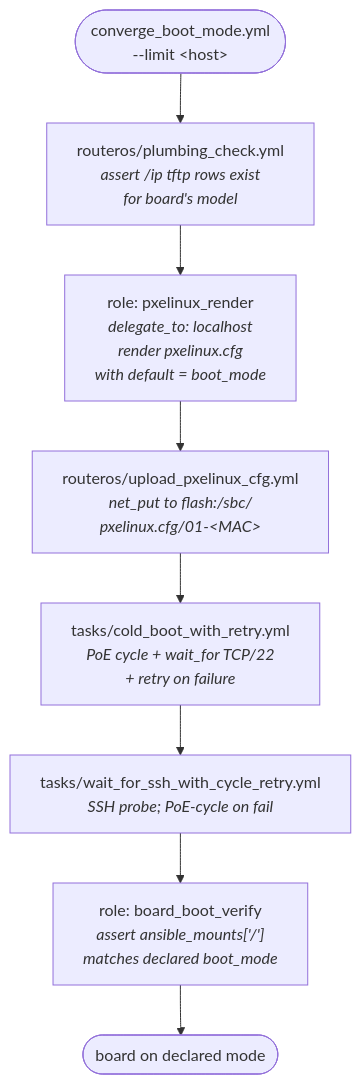
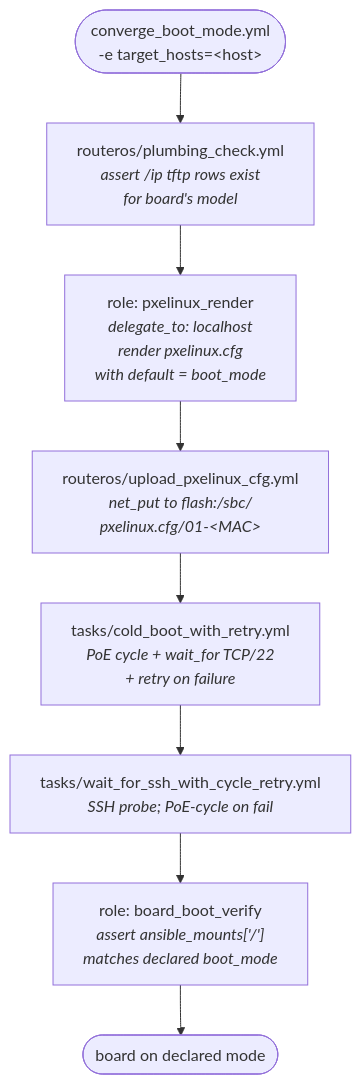
The third of 5 diagrams in README.md (david-igou/ansible-collection-armbian), drawn with Mermaid before and after one commit. The commit also changed other lines of this file and 3 other files, not shown here.

````diff
--- a/README.md
+++ b/README.md
@@ -477,13 +477,13 @@
 ```mermaid
 flowchart TB
-    START(["converge_boot_mode.yml<br/>--limit &lt;host&gt;"])
+    START(["converge_boot_mode.yml<br/>-e target_hosts=&lt;host&gt;"])
     PCK["routeros/plumbing_check.yml<br/><i>assert /ip tftp rows exist<br/>for board's model</i>"]
     PR["role: pxelinux_render<br/><i>delegate_to: localhost</i><br/><i>render pxelinux.cfg<br/>with default = boot_mode</i>"]
     UPL["routeros/upload_pxelinux_cfg.yml<br/><i>net_put to flash:/sbc/<br/>pxelinux.cfg/01-&lt;MAC&gt;</i>"]
     CBR["tasks/cold_boot_with_retry.yml<br/><i>PoE cycle + wait_for TCP/22<br/>+ retry on failure</i>"]
     WSS["tasks/wait_for_ssh_with_cycle_retry.yml<br/><i>SSH probe; PoE-cycle on fail</i>"]
     BBV["role: board_boot_verify<br/><i>assert ansible_mounts['/']<br/>matches declared boot_mode</i>"]
     END(["board on declared mode"])
 
     START --> PCK --> PR --> UPL --> CBR --> WSS --> BBV --> END
 ```
````
